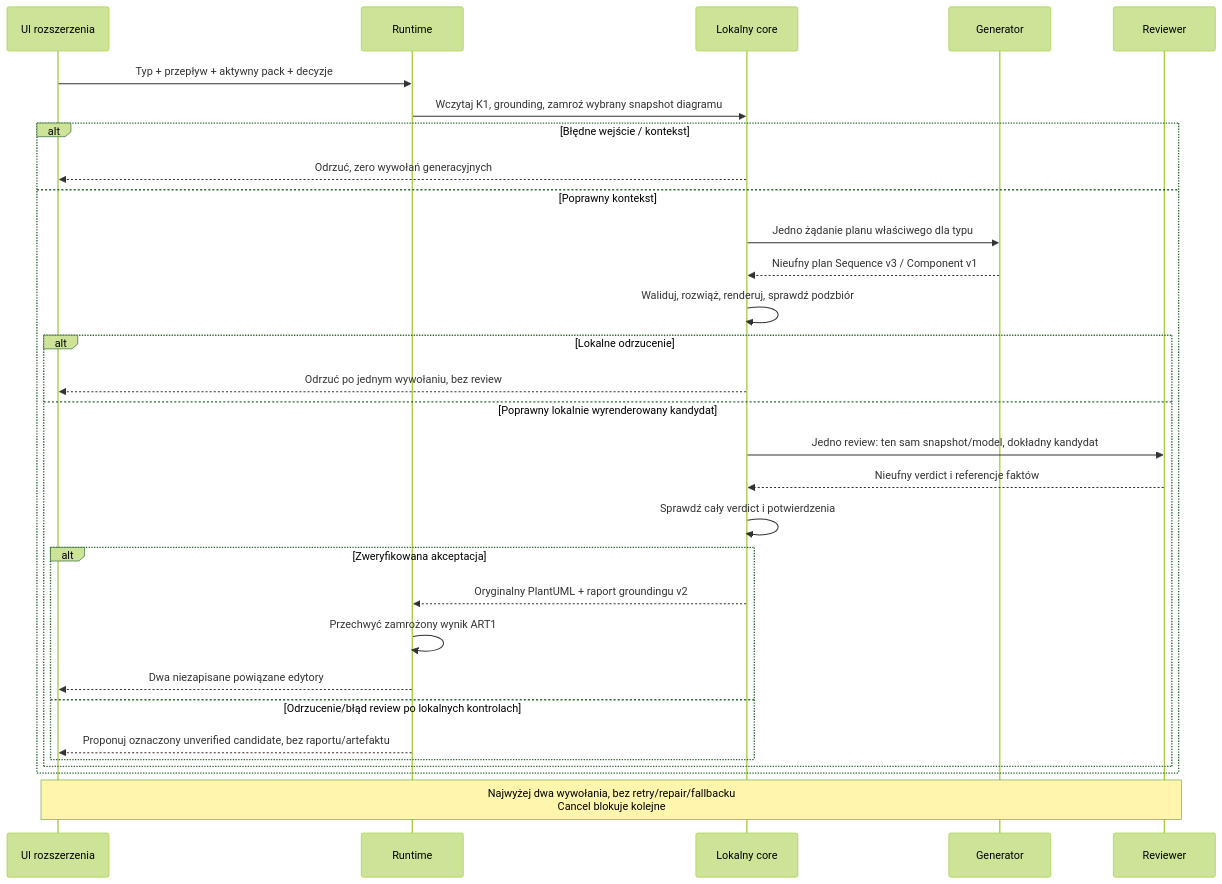
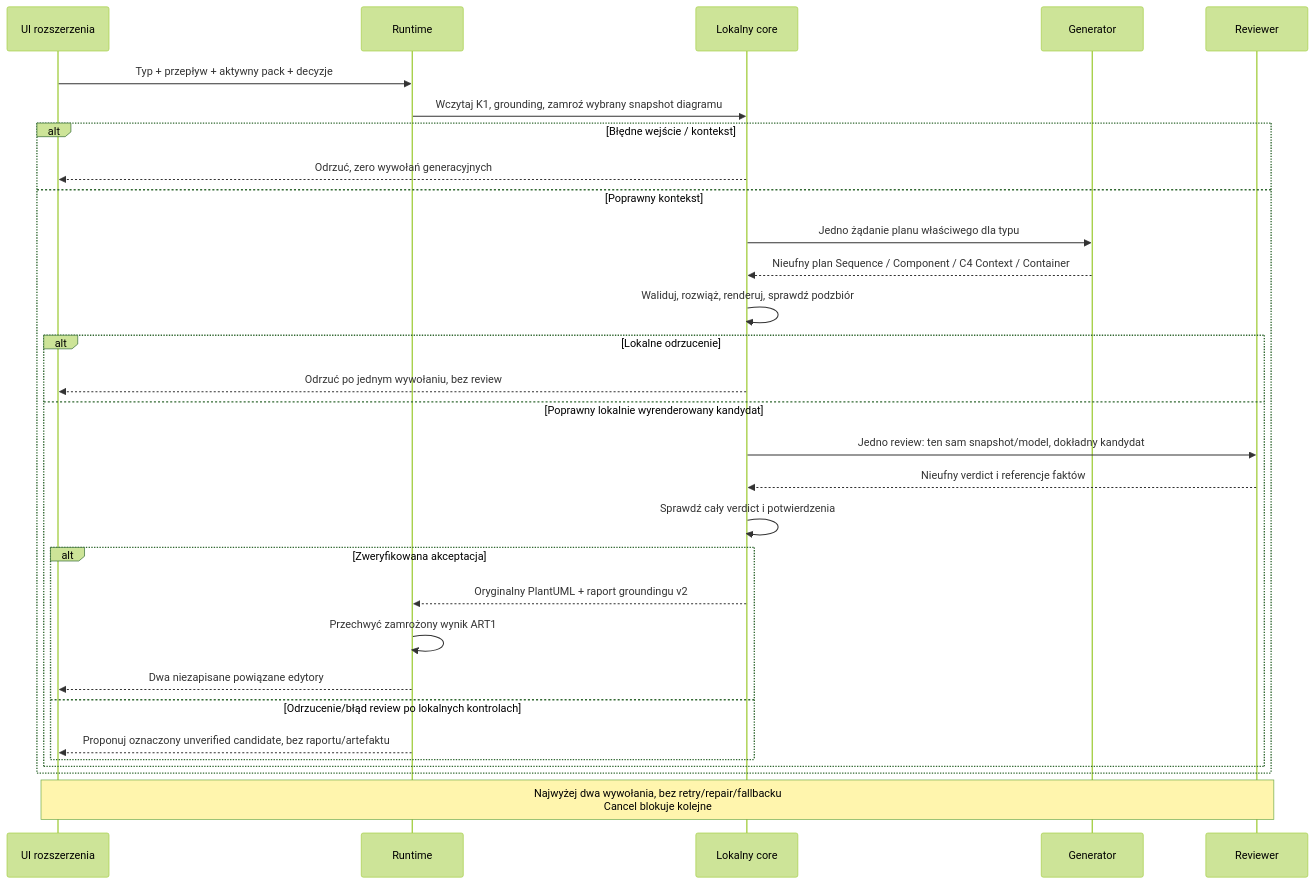
One commit to Setech-pl/archi-agent changed the fourth of 6 diagrams in docs/pl/architecture.md. Above: the diagram before and after it, drawn with Mermaid (forest theme). The commit also changed other lines of this file and 56 other files, not shown here.

````diff
--- a/docs/pl/architecture.md
+++ b/docs/pl/architecture.md
@@ -98,32 +106,32 @@
 ```mermaid
 sequenceDiagram
   participant UI as UI rozszerzenia
   participant R as Runtime
   participant Core as Lokalny core
   participant G as Generator
   participant V as Reviewer
   UI->>R: Typ + przepływ + aktywny pack + decyzje
   R->>Core: Wczytaj K1, grounding, zamroź wybrany snapshot diagramu
   alt Błędne wejście / kontekst
   Core-->>UI: Odrzuć, zero wywołań generacyjnych
   else Poprawny kontekst
   Core->>G: Jedno żądanie planu właściwego dla typu
-  G-->>Core: Nieufny plan Sequence v3 / Component v1
+  G-->>Core: Nieufny plan Sequence / Component / C4 Context / Container
   Core->>Core: Waliduj, rozwiąż, renderuj, sprawdź podzbiór
   alt Lokalne odrzucenie
   Core-->>UI: Odrzuć po jednym wywołaniu, bez review
   else Poprawny lokalnie wyrenderowany kandydat
   Core->>V: Jedno review: ten sam snapshot/model, dokładny kandydat
   V-->>Core: Nieufny verdict i referencje faktów
   Core->>Core: Sprawdź cały verdict i potwierdzenia
   alt Zweryfikowana akceptacja
   Core-->>R: Oryginalny PlantUML + raport groundingu v2
   R->>R: Przechwyć zamrożony wynik ART1
   R-->>UI: Dwa niezapisane powiązane edytory
   else Odrzucenie/błąd review po lokalnych kontrolach
   R-->>UI: Proponuj oznaczony unverified candidate, bez raportu/artefaktu
   end
   end
   end
   Note over UI,V: Najwyżej dwa wywołania, bez retry/repair/fallbacku<br/>Cancel blokuje kolejne
 ```
````
